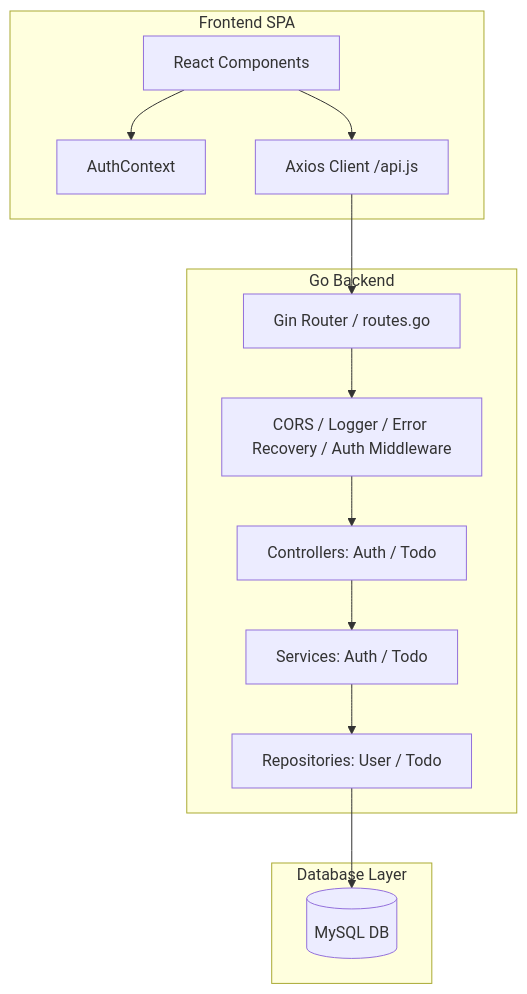
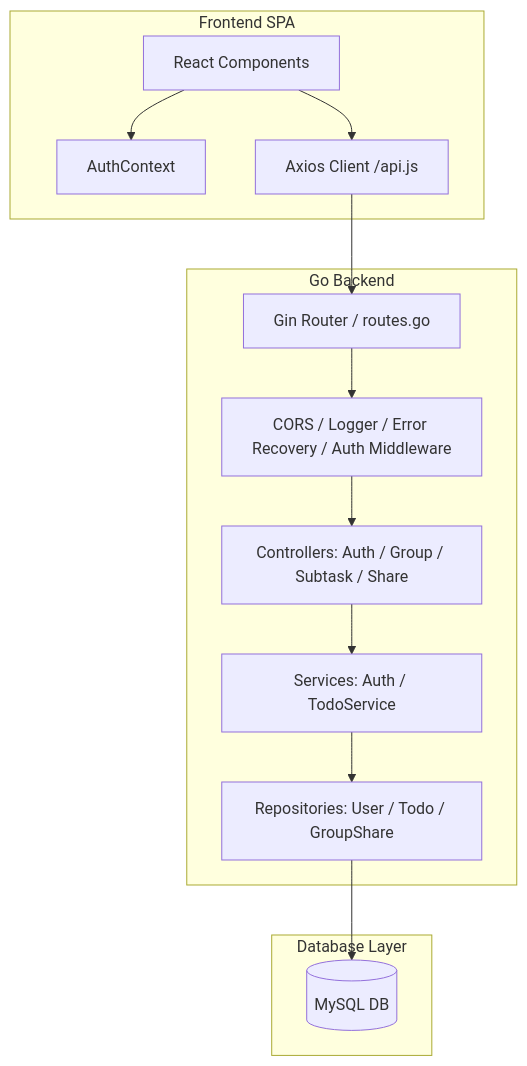
The first of 5 diagrams in walkthrough.md (krishnabhambani/Todo---KreditBee), drawn with Mermaid before and after one commit. The commit also changed other lines of this file and 6 other files, not shown here.

Commit message:
updated auth flow

````diff
--- a/walkthrough.md
+++ b/walkthrough.md
@@ -32,17 +43,17 @@
 ```mermaid
-graph TD
+  graph TD
     subgraph Client [Frontend SPA]
         React[React Components] --> AuthCtx[AuthContext]
         React --> API[Axios Client /api.js]
     end
     subgraph Server [Go Backend]
         API --> Gin[Gin Router / routes.go]
         Gin --> Middlewares[CORS / Logger / Error Recovery / Auth Middleware]
-        Middlewares --> Controllers[Controllers: Auth / Todo]
-        Controllers --> Services[Services: Auth / Todo]
-        Services --> Repos[Repositories: User / Todo]
+        Middlewares --> Controllers[Controllers: Auth / Group / Subtask / Share]
+        Controllers --> Services[Services: Auth / TodoService]
+        Services --> Repos[Repositories: User / Todo / GroupShare]
     end
     subgraph DB [Database Layer]
         Repos --> MySQL[(MySQL DB)]
     end
 ```
````
